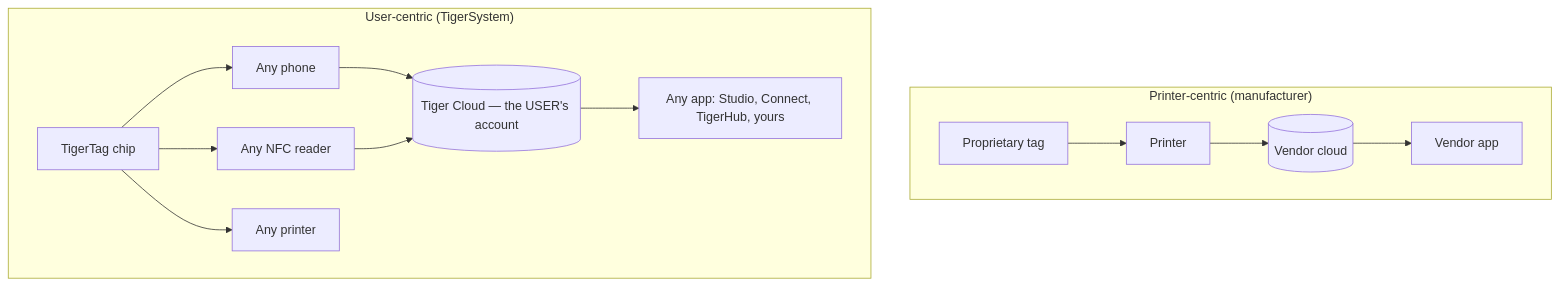
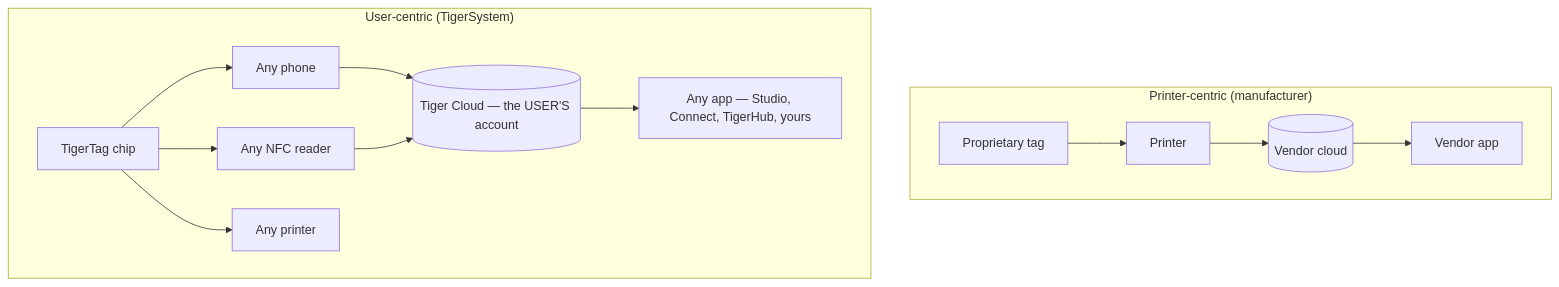
The diagram in docs/philosophy/user-centric-ecosystem.md (TigerTag-Project/TigerSystem-Docs), drawn with Mermaid before and after one commit.

Commit message:
Fix Mermaid syntax in the user-centric diagram (quote labels containing colon and apostrophe)

````diff
--- a/docs/philosophy/user-centric-ecosystem.md
+++ b/docs/philosophy/user-centric-ecosystem.md
@@ -5,15 +5,15 @@
 ```mermaid
 flowchart TB
     subgraph M["Printer-centric (manufacturer)"]
         MP[Printer] --> MC[(Vendor cloud)]
         MT[Proprietary tag] --> MP
         MC --> MA[Vendor app]
     end
     subgraph T["User-centric (TigerSystem)"]
         TT[TigerTag chip] --> PH[Any phone]
         TT --> RD[Any NFC reader]
         TT --> PR[Any printer]
-        PH & RD --> TC[(Tiger Cloud — the USER's account)]
-        TC --> ANY[Any app: Studio, Connect, TigerHub, yours]
+        PH & RD --> TC[("Tiger Cloud — the USER'S account")]
+        TC --> ANY["Any app — Studio, Connect, TigerHub, yours"]
     end
 ```
````
